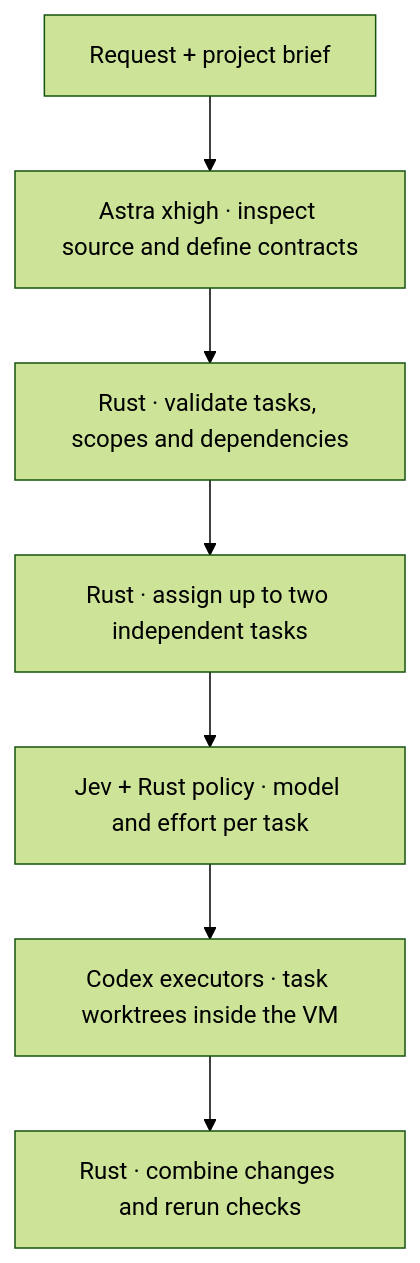
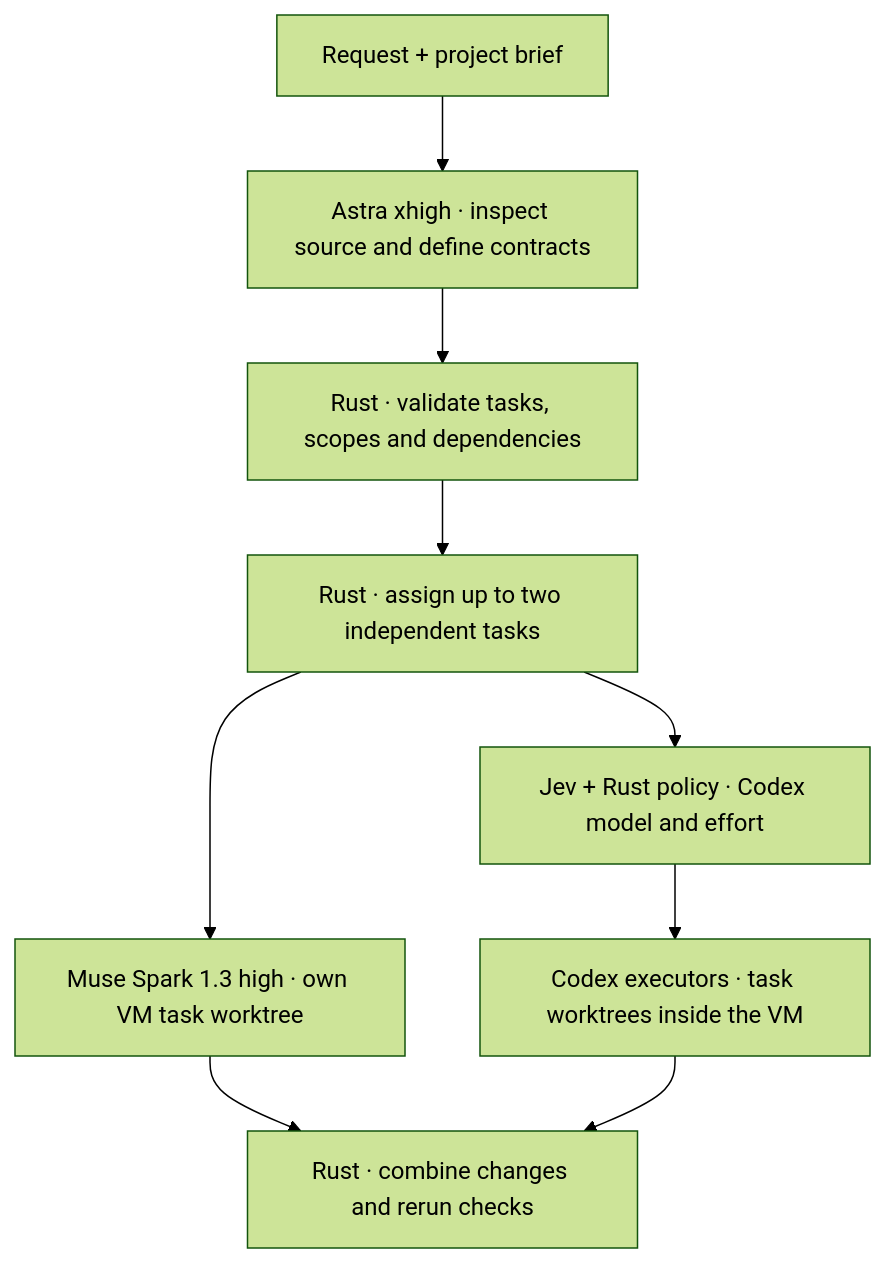
Before and after one commit to minimumeffort-dev/sprowt.harness: the first of 2 diagrams in docs/planning.md, drawn with Mermaid (forest theme). The commit also changed other lines of this file and 24 other files, not shown here.

````diff
--- a/docs/planning.md
+++ b/docs/planning.md
@@ -5,9 +5,11 @@
 ```mermaid
 flowchart TB
     goal["Request + project brief"] --> planner["Astra xhigh · inspect source and define contracts"]
     planner --> validate["Rust · validate tasks, scopes and dependencies"]
     validate --> schedule["Rust · assign up to two independent tasks"]
-    schedule --> route["Jev + Rust policy · model and effort per task"]
+    schedule --> route["Jev + Rust policy · Codex model and effort"]
     route --> execute["Codex executors · task worktrees inside the VM"]
+    schedule --> muse["Muse Spark 1.3 high · own VM task worktree"]
+    muse --> checks
     execute --> checks["Rust · combine changes and rerun checks"]
 ```
````
